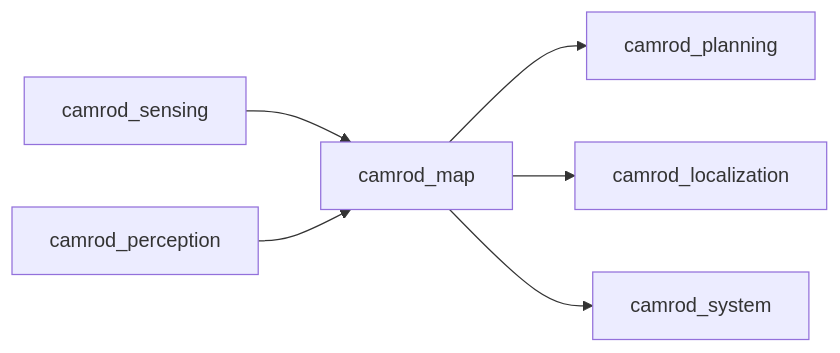
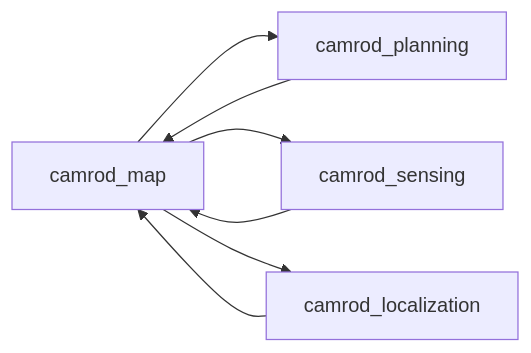
One commit to hwanhonglee/CAMROD changed the second of 2 diagrams in camrod_map/README.md. Above: the diagram before and after it, drawn with Mermaid. The commit also changed other lines of this file and 15 other files, not shown here.

````diff
--- a/camrod_map/README.md
+++ b/camrod_map/README.md
@@ -43,8 +68,9 @@
 ```mermaid
 graph LR
-  MAP[camrod_map] --> PLANNING[camrod_planning]
-  MAP --> LOCALIZATION[camrod_localization]
-  SENSING[camrod_sensing] --> MAP
-  PERCEPTION[camrod_perception] --> MAP
-  MAP --> SYSTEM[camrod_system]
+  MAP[camrod_map] --> PLAN[camrod_planning]
+  MAP --> SENS[camrod_sensing]
+  MAP --> LOC[camrod_localization]
+  LOC --> MAP
+  PLAN --> MAP
+  SENS --> MAP
 ```
````
